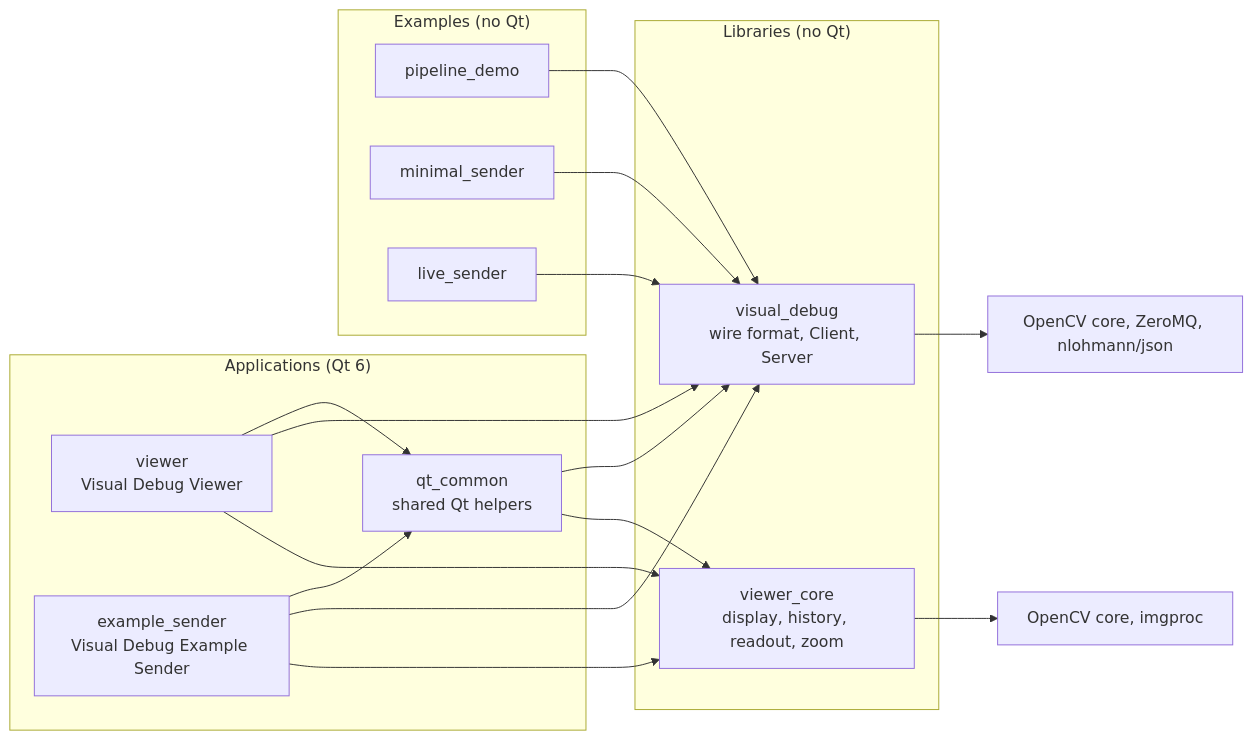
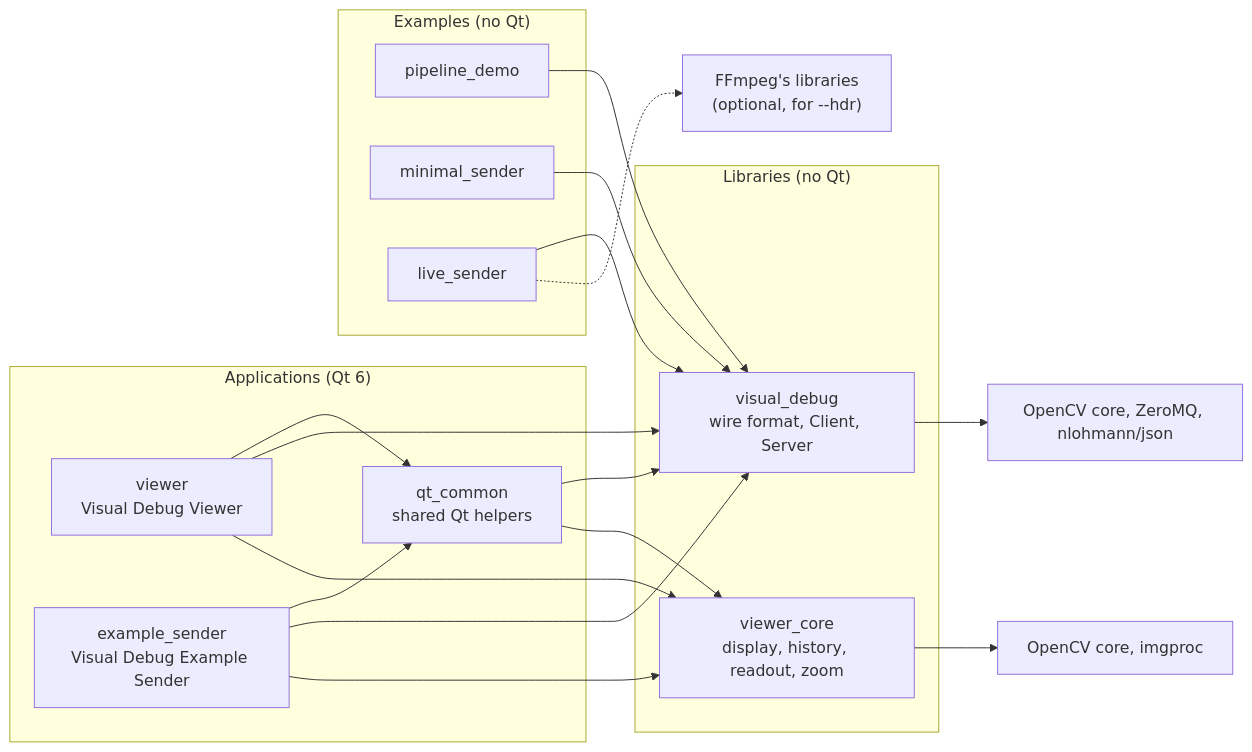
One commit to mbuster8/id-vision-lab changed the first of 3 diagrams in docs/architecture.md. Above: the diagram before and after it, drawn with Mermaid. The commit also changed other lines of this file and 4 other files, not shown here.

````diff
--- a/docs/architecture.md
+++ b/docs/architecture.md
@@ -15,30 +15,31 @@
 ```mermaid
 flowchart LR
     subgraph apps["Applications (Qt 6)"]
         viewer["viewer<br/>Visual Debug Viewer"]
         sender["example_sender<br/>Visual Debug Example Sender"]
         qtcommon["qt_common<br/>shared Qt helpers"]
     end
     subgraph examples["Examples (no Qt)"]
         pipeline["pipeline_demo"]
         minimal["minimal_sender"]
         live["live_sender"]
     end
     subgraph libs["Libraries (no Qt)"]
         vd["visual_debug<br/>wire format, Client, Server"]
         vc["viewer_core<br/>display, history, readout, zoom"]
     end
     viewer --> qtcommon
     sender --> qtcommon
     viewer --> vd
     viewer --> vc
     sender --> vd
     sender --> vc
     qtcommon --> vd
     qtcommon --> vc
     pipeline --> vd
     minimal --> vd
     live --> vd
+    live -.-> ffmpeg["FFmpeg's libraries<br/>(optional, for --hdr)"]
     vd --> deps1["OpenCV core, ZeroMQ, nlohmann/json"]
     vc --> deps2["OpenCV core, imgproc"]
 ```
````
